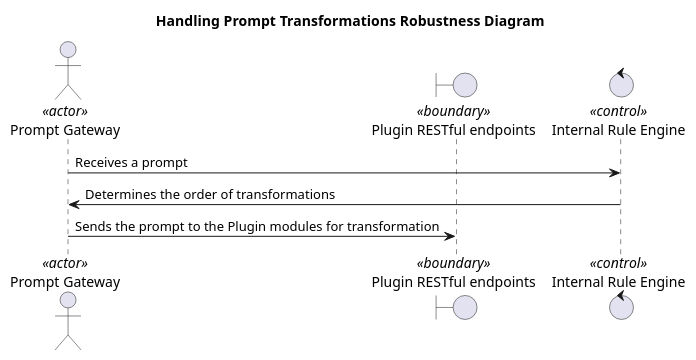
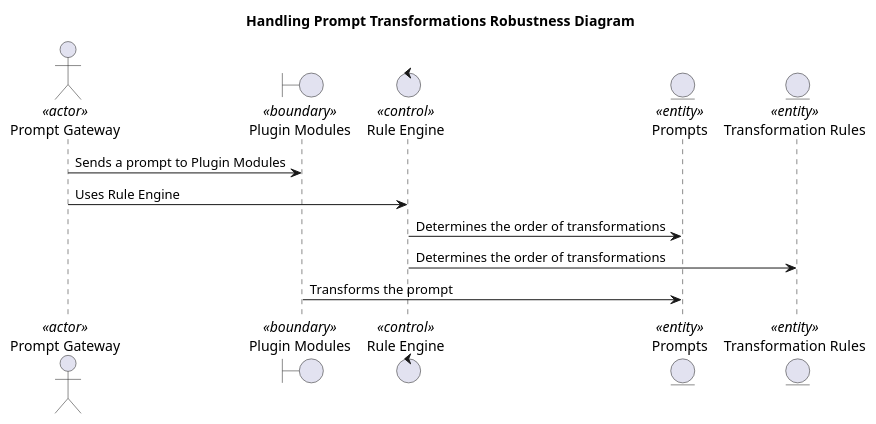
The seventh of 21 diagrams in Design_Document_Prompt_Gateway_RESTful_API_LLM.md (o2alexanderfedin/AI-demos), drawn with PlantUML before and after one commit. The commit also changed other lines of this file, not shown here.

````diff
--- a/Design_Document_Prompt_Gateway_RESTful_API_LLM.md
+++ b/Design_Document_Prompt_Gateway_RESTful_API_LLM.md
@@ -244,13 +278,17 @@
 ```plantuml
 @startuml
 title Handling Prompt Transformations Robustness Diagram
 
 actor "Prompt Gateway" as A <<actor>>
-boundary "Plugin RESTful endpoints" as B <<boundary>>
-control "Internal Rule Engine" as C <<control>>
+boundary "Plugin Modules" as B <<boundary>>
+control "Rule Engine" as C <<control>>
+entity "Prompts" as D <<entity>>
+entity "Transformation Rules" as E <<entity>>
 
-A -> C : Receives a prompt
-C -> A : Determines the order of transformations
-A -> B : Sends the prompt to the Plugin modules for transformation
+A -> B : Sends a prompt to Plugin Modules
+A -> C : Uses Rule Engine
+C -> D : Determines the order of transformations
+C -> E : Determines the order of transformations
+B -> D : Transforms the prompt
 @enduml
 ```
````
